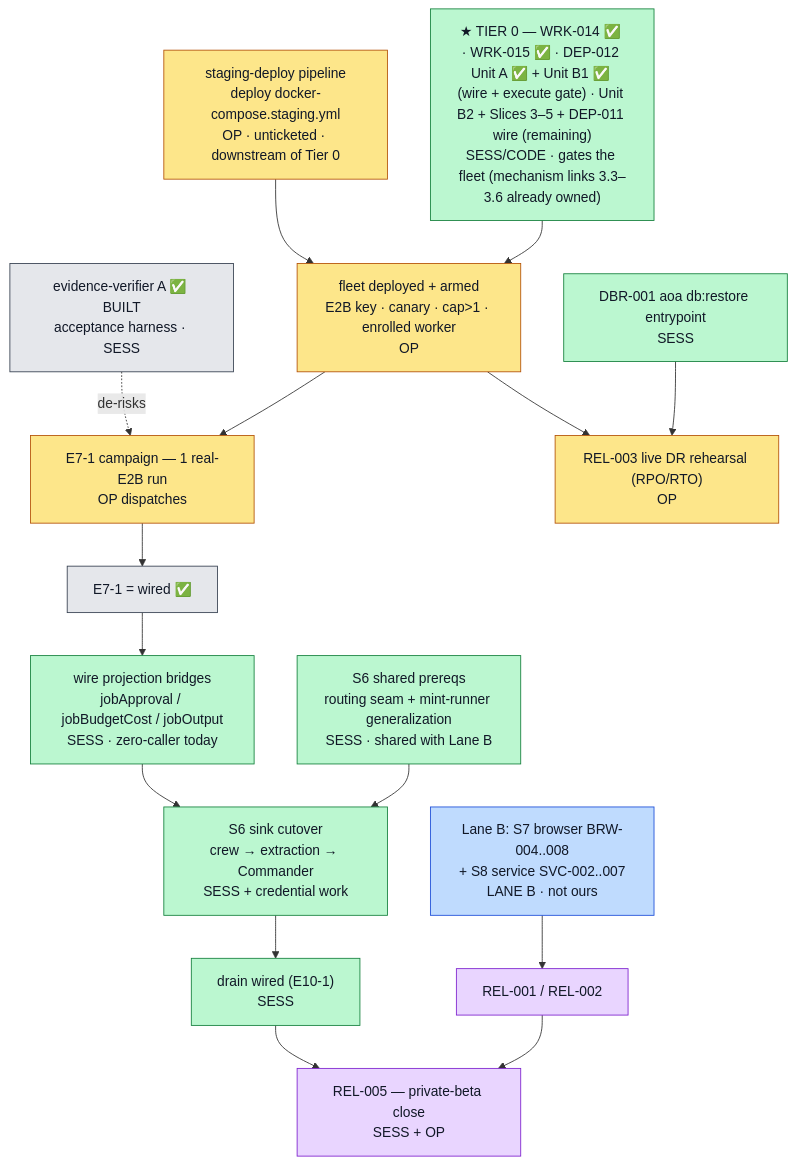
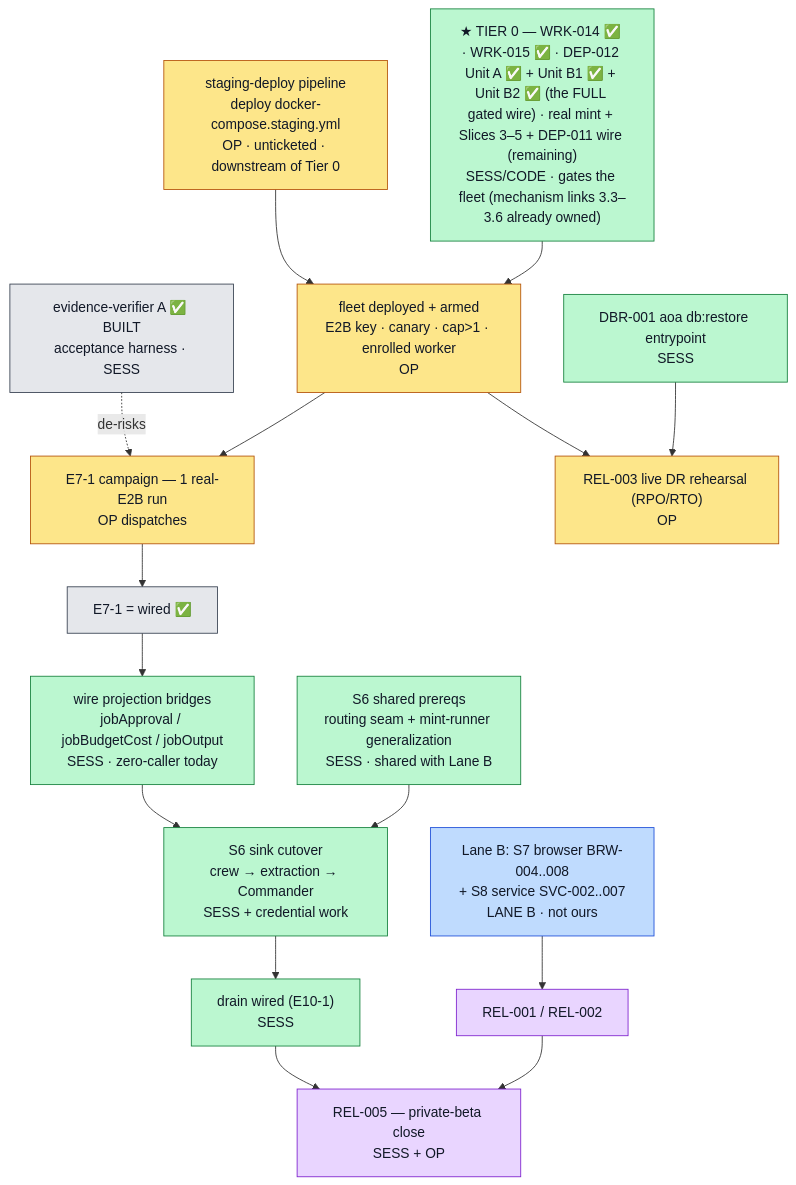
Before and after one commit to MeteoriteLabs/AoA: the diagram in docs/replatform/GO-BOOK.md, drawn with Mermaid. The commit also changed other lines of this file and 11 other files, not shown here.

````diff
--- a/docs/replatform/GO-BOOK.md
+++ b/docs/replatform/GO-BOOK.md
@@ -186,34 +200,34 @@
 ```mermaid
 flowchart TD
   V["evidence-verifier A ✅ BUILT<br/>acceptance harness · SESS"]:::done
   C0["staging-deploy pipeline<br/>deploy docker-compose.staging.yml<br/>OP · unticketed · downstream of Tier 0"]:::op
-  D11["★ TIER 0 — WRK-014 ✅ · WRK-015 ✅ · DEP-012 Unit A ✅ + Unit B1 ✅ (wire + execute gate) · Unit B2 + Slices 3–5 + DEP-011 wire (remaining)<br/>SESS/CODE · gates the fleet (mechanism links 3.3–3.6 already owned)"]:::sess
+  D11["★ TIER 0 — WRK-014 ✅ · WRK-015 ✅ · DEP-012 Unit A ✅ + Unit B1 ✅ + Unit B2 ✅ (the FULL gated wire) · real mint + Slices 3–5 + DEP-011 wire (remaining)<br/>SESS/CODE · gates the fleet (mechanism links 3.3–3.6 already owned)"]:::sess
   C2["fleet deployed + armed<br/>E2B key · canary · cap&gt;1 · enrolled worker<br/>OP"]:::op
   C3["E7-1 campaign — 1 real-E2B run<br/>OP dispatches"]:::op
   CW["E7-1 = wired ✅"]:::done
   BR["wire projection bridges<br/>jobApproval / jobBudgetCost / jobOutput<br/>SESS · zero-caller today"]:::sess
   RT["S6 shared prereqs<br/>routing seam + mint-runner generalization<br/>SESS · shared with Lane B"]:::sess
   SK["S6 sink cutover<br/>crew → extraction → Commander<br/>SESS + credential work"]:::sess
   DR["drain wired (E10-1)<br/>SESS"]:::sess
   R5["REL-005 — private-beta close<br/>SESS + OP"]:::mix
   LB["Lane B: S7 browser BRW-004..008<br/>+ S8 service SVC-002..007<br/>LANE B · not ours"]:::laneb
   R1["REL-001 / REL-002"]:::mix
   DBR["DBR-001 aoa db:restore entrypoint<br/>SESS"]:::sess
   R3["REL-003 live DR rehearsal (RPO/RTO)<br/>OP"]:::op
 
   V -.->|de-risks| C3
   C0 --> C2
   D11 --> C2
   C2 --> C3 --> CW --> BR --> SK
   RT --> SK
   SK --> DR --> R5
   LB --> R1 --> R5
   DBR --> R3
   C2 --> R3
 
   classDef op fill:#fde68a,stroke:#b45309,color:#111827;
   classDef sess fill:#bbf7d0,stroke:#15803d,color:#111827;
   classDef laneb fill:#bfdbfe,stroke:#1d4ed8,color:#111827;
   classDef done fill:#e5e7eb,stroke:#374151,color:#111827;
   classDef mix fill:#e9d5ff,stroke:#7e22ce,color:#111827;
 ```
````
